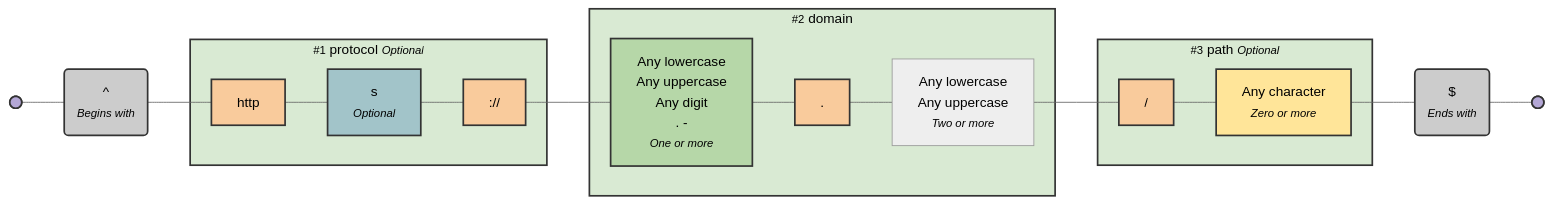
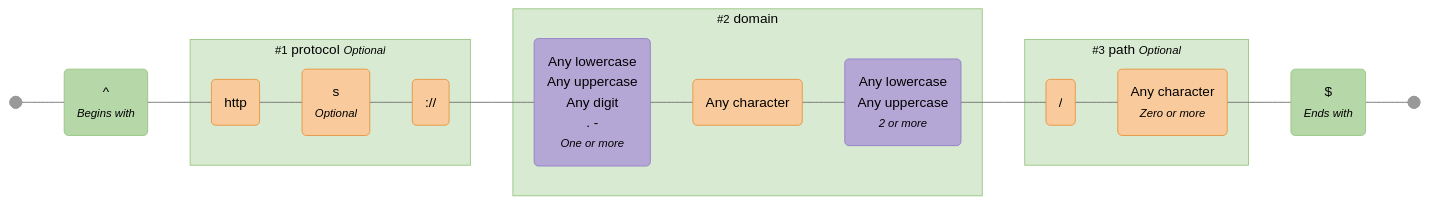
Before and after one commit to tayles/regex-to-mermaid: the diagram in diagrams/example-1.mermaid, drawn with Mermaid (neutral theme). The commit also changed 11 other files, not shown here.

Commit message:
feat: Write example mermaid files

```diff
--- a/diagrams/example-1.mermaid
+++ b/diagrams/example-1.mermaid
@@ -1,83 +1,61 @@
-%% /^(?<protocol>https?:\/\/)?(?<domain>[a-zA-Z0-9.-]+\.[a-zA-Z]{2,})(?<path>\/.*)?$/
+%% Regex: /^(?<protocol>https?:\/\/)?(?<domain>[a-zA-Z0-9.-]+\.[a-zA-Z]{2,})(?<path>\/.*)?$/
 
 graph LR
-    %% Nodes
-    start@{ shape: f-circ, label: "Start" };
-    fin@{ shape: f-circ, label: "End" };
+  %% Nodes
+  start@{ shape: f-circ };
+  fin@{ shape: f-circ };
+  assertion_1("^<br><i><small>Begins with</small></i>"):::assertion;
+  literal_1("http"):::literal;
+  literal_2("s<br><i><small>Optional</small></i>"):::literal;
+  literal_3("://"):::literal;
+  char_class_1("Any lowercase<br>Any uppercase<br>Any digit<br>. -<br><i><small>One or more</small></i>"):::char-class;
+  literal_4("Any character"):::literal;
+  char_class_2("Any lowercase<br>Any uppercase<br><i><small>2 or more</small></i>"):::char-class;
+  literal_5("/"):::literal;
+  literal_6("Any character<br><i><small>Zero or more</small></i>"):::literal;
+  assertion_2("$<br><i><small>Ends with</small></i>"):::assertion;
 
-    start_of_line("^<br><i><small>Begins with</small></i>");
-    http["http"];
-    s["s<br><i><small>Optional</small></i>"];
-    colon_slash_slash["://"];
-    domain_name["Any lowercase<br>Any uppercase<br>Any digit<br>. -<br><i><small>One or more</small></i>"];
-    dot["."];
-    tld["Any lowercase<br>Any uppercase<br><i><small>Two or more</small></i>"];
-    slash["/"];
-    any_char["Any character<br><i><small>Zero or more</small></i>"];
-    end_of_line("$<br><i><small>Ends with</small></i>");
+  %% Subgraphs
+  subgraph named_capture_1 ["<small>#1</small> protocol <small><i>Optional</i></small>"]
+    literal_1
+    literal_2
+    literal_3
+  end
 
-    %% Subgraphs
-    subgraph protocol_group ["<small>#1</small> protocol <i><small>Optional</small></i>"];
-        http
-        s
-        colon_slash_slash
-    end
+  subgraph named_capture_2 ["<small>#2</small> domain"]
+    char_class_1
+    literal_4
+    char_class_2
+  end
 
-    subgraph domain_group ["<small>#2</small> domain"];
-        domain_name
-        dot
-        tld;
-    end
+  subgraph named_capture_3 ["<small>#3</small> path <small><i>Optional</i></small>"]
+    literal_5
+    literal_6
+  end
 
-    subgraph path_group ["<small>#3</small> path <i><small>Optional</small></i>"];
-        slash
-        any_char
-    end
+  %% Edges
+  start --- assertion_1;
+  assertion_1 --- literal_1;
+  literal_1 --- literal_2;
+  literal_2 --- literal_3;
+  literal_3 --- char_class_1;
+  char_class_1 --- literal_4;
+  literal_4 --- char_class_2;
+  char_class_2 --- literal_5;
+  literal_5 --- literal_6;
+  literal_6 --- assertion_2;
+  assertion_2 --- fin;
 
-    %% Edges
-    start --- start_of_line;
-    start_of_line --- http;
-    http --- s;
-    s --- colon_slash_slash;
-    colon_slash_slash --- domain_name;
-    domain_name --- dot;
-    dot --- tld;
-    tld --- slash;
-    slash --- any_char;
-    any_char --- end_of_line;
-    end_of_line --- fin;
+  %% Styles
+  %% Node Styling
+  classDef assertion fill:#B6D7A8,stroke:#93C47D,color:#000000;
+  classDef literal fill:#F9CB9C,stroke:#E69138,color:#000000;
+  classDef char-class fill:#B4A7D6,stroke:#8E7CC3,color:#000000;
 
-    %% Styling Definitions
-    %% Node Styling
-    classDef circle fill:#B4A7D6,stroke:#333,stroke-width:2px,color:black;
-    classDef zeroOrMore fill:#FFE599,stroke:#333,stroke-width:2px,color:black;
-    classDef oneOrMore fill:#B6D7A8,stroke:#333,stroke-width:2px,color:black;
-    classDef zeroOrOne fill:#A2C4C9,stroke:#333,stroke-width:2px,color:black;
-    classDef range fill:#76A5AF,stroke:#333,stroke-width:2px,color:black;
-    classDef oneOf fill:#F6B26B,stroke:#333,stroke-width:2px,color:black;
-    classDef noneOf fill:#E06666,stroke:#333,stroke-width:2px,color:black;
-    classDef literal fill:#F9CB9C,stroke:#333,stroke-width:2px,color:black;
-    classDef terminator fill:#CCCCCC,stroke:#333,stroke-width:2px,color:black;
+  %% Group Styling
+  classDef named-capture fill:#D9EAD3,stroke:#93C47D,color:#000000;
 
-    %% Group Styling
-    classDef captureGroup fill:#FFF2CC,stroke:#333,stroke-width:2px,color:black;
-    classDef namedCaptureGroup fill:#D9EAD3,stroke:#333,stroke-width:2px,color:black;
-    classDef nonCapturingGroup fill:#CFE2F3,stroke:#333,stroke-width:2px,color:black;
-    classDef positiveLookahead fill:#D5A6BD,stroke:#333,stroke-width:2px,color:black;
-    classDef negativeLookahead fill:#A4C2F4,stroke:#333,stroke-width:2px,color:black;
-    classDef positiveLookbehind fill:#B7B7B7,stroke:#333,stroke-width:2px,color:black;
-    classDef negativeLookbehind fill:#EAD1DC,stroke:#333,stroke-width:2px,color:black;
-    classDef optionalGroup fill:#D9D2E9,stroke:#333,stroke-width:2px,color:black;
+  %% Apply Group Classes
+  class named_capture_1,named_capture_2,named_capture_3 named-capture;
 
-    %% Apply Styling Classes
-    %% Node Classes
-    class start,fin circle;
-    class start_of_line,end_of_line terminator;
-    class http,dot,colon_slash_slash,slash literal;
-    class s zeroOrOne;
-    class domain_name oneOrMore;
-    class tld twoOrMore;
-    class any_char zeroOrMore;
-
-    %% Group Classes
-    class protocol_group,domain_group,path_group namedCaptureGroup;
+%% Generated with regex-to-mermaid@1.0.0
```
